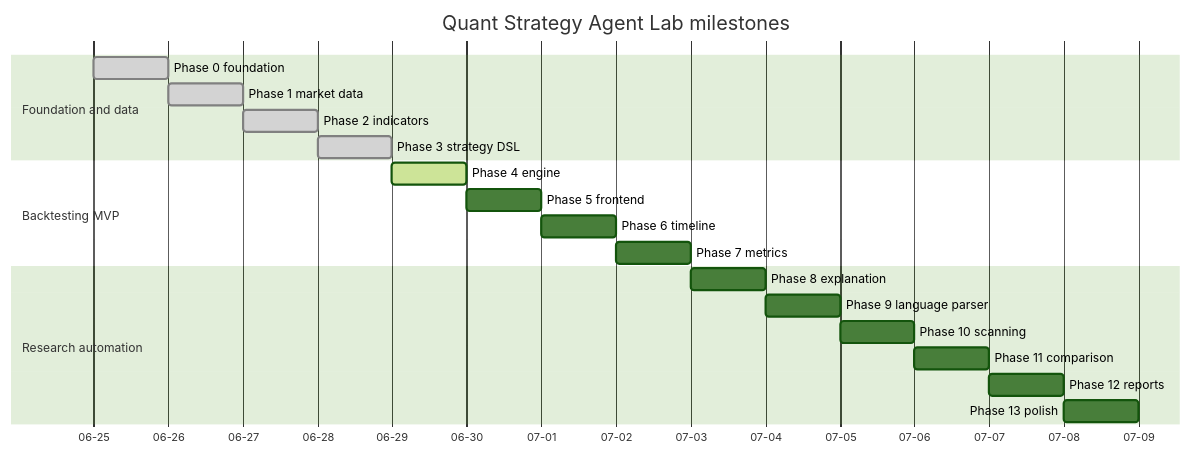
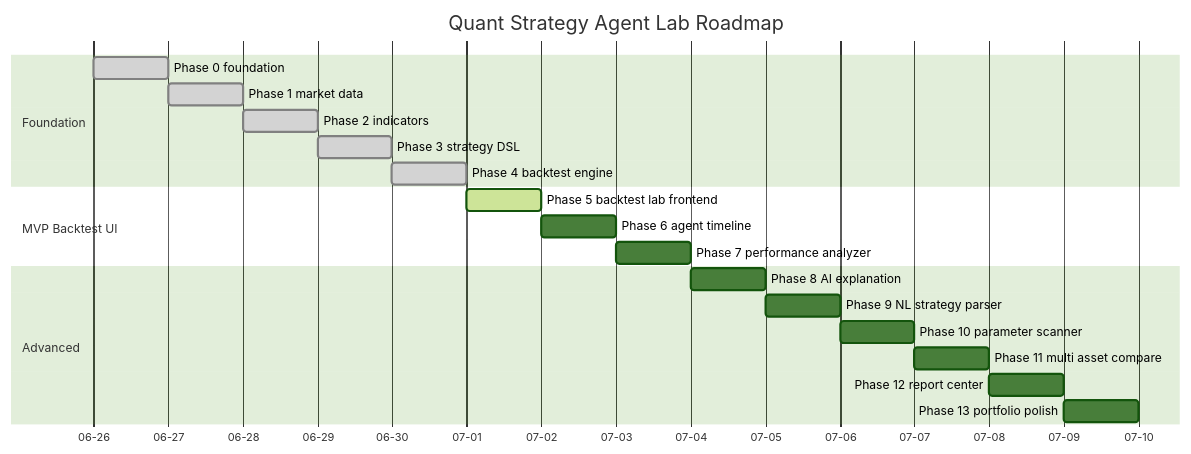
One commit to Justin21523/quant-strategy-agent-lab changed the diagram in docs/ROADMAP.md. Above: the diagram before and after it, drawn with Mermaid (forest theme). The commit also changed other lines of this file and 44 other files, not shown here.

Commit message:
feat: implement backtest engine mvp

````diff
--- a/docs/ROADMAP.md
+++ b/docs/ROADMAP.md
@@ -94,26 +127,26 @@
 ```mermaid
 gantt
-    title Quant Strategy Agent Lab milestones
+    title Quant Strategy Agent Lab Roadmap
     dateFormat  YYYY-MM-DD
     axisFormat  %m-%d
 
-    section Foundation and data
-    Phase 0 foundation             :done, p0, 2026-06-25, 1d
-    Phase 1 market data            :done, p1, after p0, 1d
-    Phase 2 indicators             :done, p2, after p1, 1d
-    Phase 3 strategy DSL           :done, p3, after p2, 1d
+    section Foundation
+    Phase 0 foundation            :done, p0, 2026-06-26, 1d
+    Phase 1 market data           :done, p1, after p0, 1d
+    Phase 2 indicators            :done, p2, after p1, 1d
+    Phase 3 strategy DSL          :done, p3, after p2, 1d
+    Phase 4 backtest engine       :done, p4, after p3, 1d
 
-    section Backtesting MVP
-    Phase 4 engine                 :active, p4, after p3, 1d
-    Phase 5 frontend               :p5, after p4, 1d
-    Phase 6 timeline               :p6, after p5, 1d
-    Phase 7 metrics                :p7, after p6, 1d
+    section MVP Backtest UI
+    Phase 5 backtest lab frontend :active, p5, after p4, 1d
+    Phase 6 agent timeline        :p6, after p5, 1d
+    Phase 7 performance analyzer  :p7, after p6, 1d
 
-    section Research automation
-    Phase 8 explanation            :p8, after p7, 1d
-    Phase 9 language parser        :p9, after p8, 1d
-    Phase 10 scanning              :p10, after p9, 1d
-    Phase 11 comparison            :p11, after p10, 1d
-    Phase 12 reports               :p12, after p11, 1d
-    Phase 13 polish                :p13, after p12, 1d
+    section Advanced
+    Phase 8 AI explanation        :p8, after p7, 1d
+    Phase 9 NL strategy parser    :p9, after p8, 1d
+    Phase 10 parameter scanner    :p10, after p9, 1d
+    Phase 11 multi asset compare  :p11, after p10, 1d
+    Phase 12 report center        :p12, after p11, 1d
+    Phase 13 portfolio polish     :p13, after p12, 1d
 ```
````
